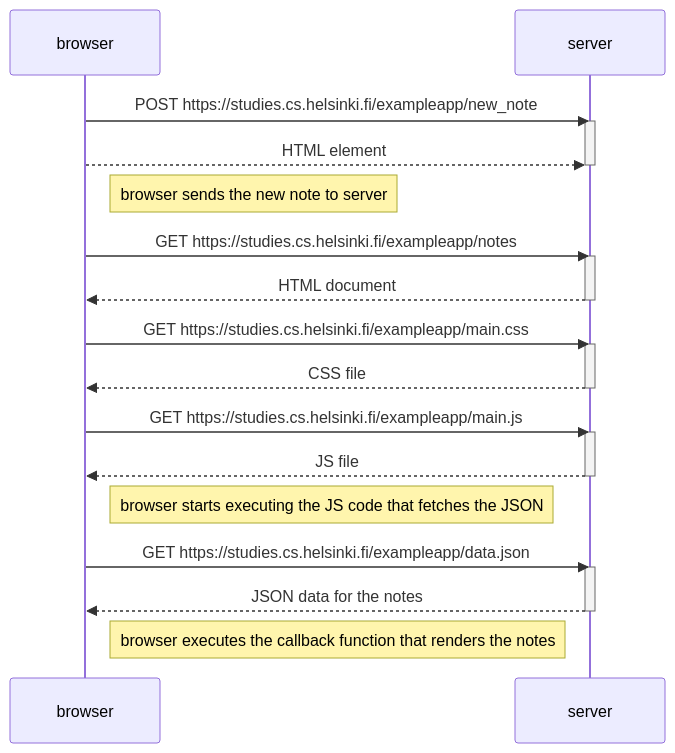
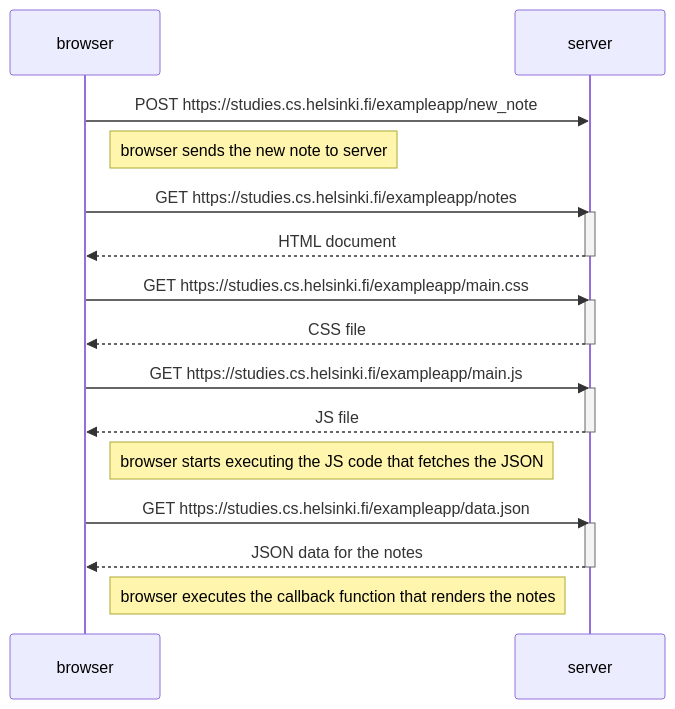
The diagram in part0/ex0.4.md (JosephSav/fullstackopen-submissions), drawn with Mermaid before and after one commit.

Commit message:
changed content for 0.4

````diff
--- a/part0/ex0.4.md
+++ b/part0/ex0.4.md
@@ -1,36 +1,33 @@
 ```mermaid
 sequenceDiagram
     participant browser
     participant server
 
     browser->>server: POST https://studies.cs.helsinki.fi/exampleapp/new_note
-    activate server
-    browser-->>server: HTML element
-    deactivate server
 
     Note right of browser: browser sends the new note to server
 
     browser->>server: GET https://studies.cs.helsinki.fi/exampleapp/notes
     activate server
     server-->>browser: HTML document
     deactivate server
 
     browser->>server: GET https://studies.cs.helsinki.fi/exampleapp/main.css
     activate server
     server-->>browser: CSS file
     deactivate server
 
     browser->>server: GET https://studies.cs.helsinki.fi/exampleapp/main.js
     activate server
     server-->>browser: JS file
     deactivate server
 
     Note right of browser: browser starts executing the JS code that fetches the JSON
 
     browser->>server: GET https://studies.cs.helsinki.fi/exampleapp/data.json
     activate server
     server-->>browser: JSON data for the notes
     deactivate server
 
     Note right of browser: browser executes the callback function that renders the notes
 ```
````
